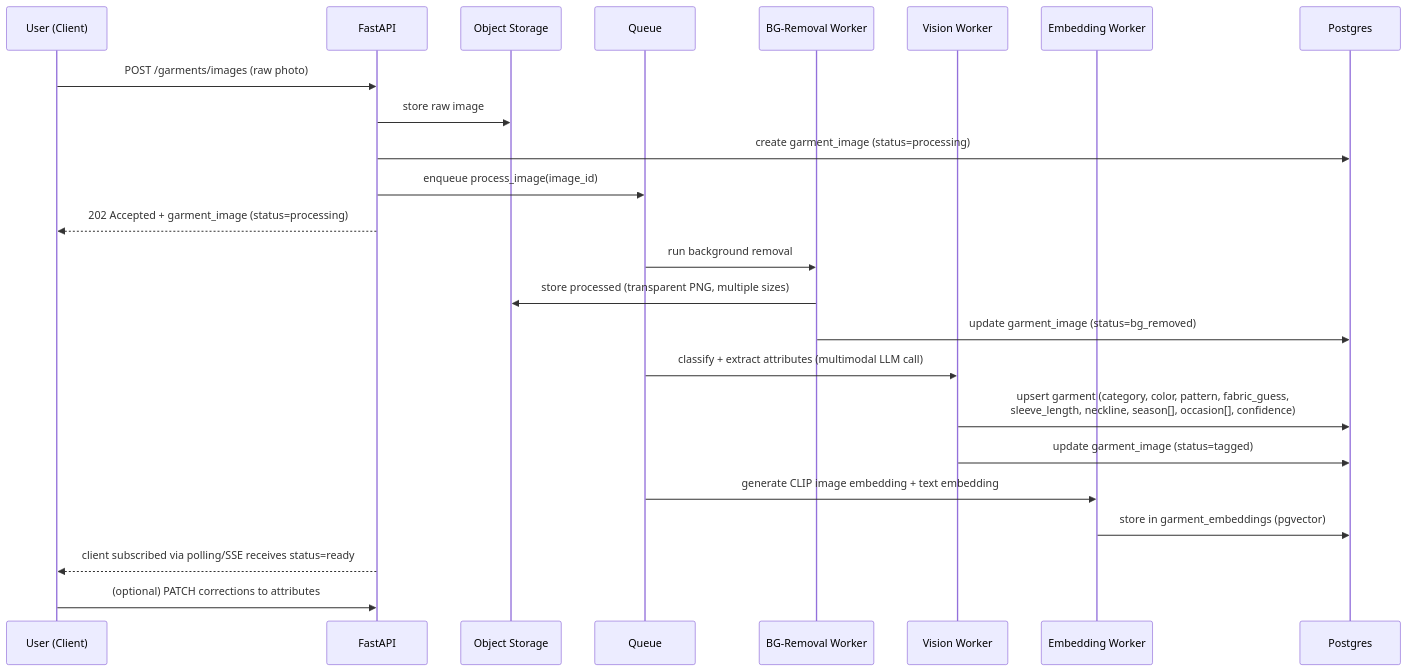
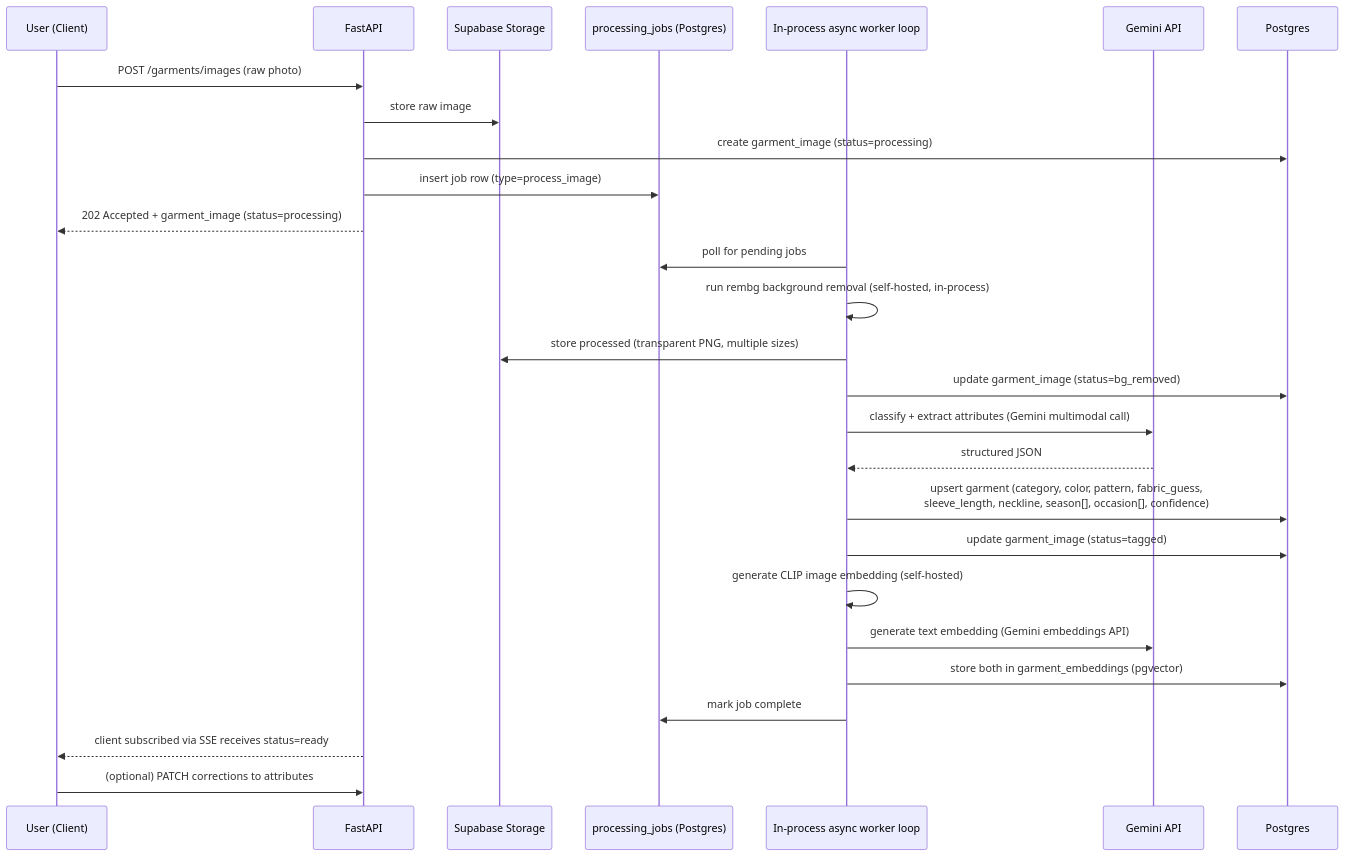
Before and after one commit to vinayakpathak03/everydayjustyou: the third of 5 diagrams in docs/architecture/system-architecture.md, drawn with Mermaid. The commit also changed other lines of this file and 7 other files, not shown here.

````diff
--- a/docs/architecture/system-architecture.md
+++ b/docs/architecture/system-architecture.md
@@ -97,31 +93,34 @@
 ```mermaid
 sequenceDiagram
     participant U as User (Client)
     participant API as FastAPI
-    participant S3 as Object Storage
-    participant Q as Queue
-    participant BG as BG-Removal Worker
-    participant V as Vision Worker
-    participant E as Embedding Worker
+    participant S3 as Supabase Storage
+    participant J as processing_jobs (Postgres)
+    participant W as In-process async worker loop
+    participant G as Gemini API
     participant DB as Postgres
 
     U->>API: POST /garments/images (raw photo)
     API->>S3: store raw image
     API->>DB: create garment_image (status=processing)
-    API->>Q: enqueue process_image(image_id)
+    API->>J: insert job row (type=process_image)
     API-->>U: 202 Accepted + garment_image (status=processing)
 
-    Q->>BG: run background removal
-    BG->>S3: store processed (transparent PNG, multiple sizes)
-    BG->>DB: update garment_image (status=bg_removed)
+    W->>J: poll for pending jobs
+    W->>W: run rembg background removal (self-hosted, in-process)
+    W->>S3: store processed (transparent PNG, multiple sizes)
+    W->>DB: update garment_image (status=bg_removed)
 
-    Q->>V: classify + extract attributes (multimodal LLM call)
-    V->>DB: upsert garment (category, color, pattern, fabric_guess,<br/>sleeve_length, neckline, season[], occasion[], confidence)
-    V->>DB: update garment_image (status=tagged)
+    W->>G: classify + extract attributes (Gemini multimodal call)
+    G-->>W: structured JSON
+    W->>DB: upsert garment (category, color, pattern, fabric_guess,<br/>sleeve_length, neckline, season[], occasion[], confidence)
+    W->>DB: update garment_image (status=tagged)
 
-    Q->>E: generate CLIP image embedding + text embedding
-    E->>DB: store in garment_embeddings (pgvector)
+    W->>W: generate CLIP image embedding (self-hosted)
+    W->>G: generate text embedding (Gemini embeddings API)
+    W->>DB: store both in garment_embeddings (pgvector)
+    W->>J: mark job complete
 
-    API-->>U: client subscribed via polling/SSE receives status=ready
+    API-->>U: client subscribed via SSE receives status=ready
     U->>API: (optional) PATCH corrections to attributes
 ```
````
